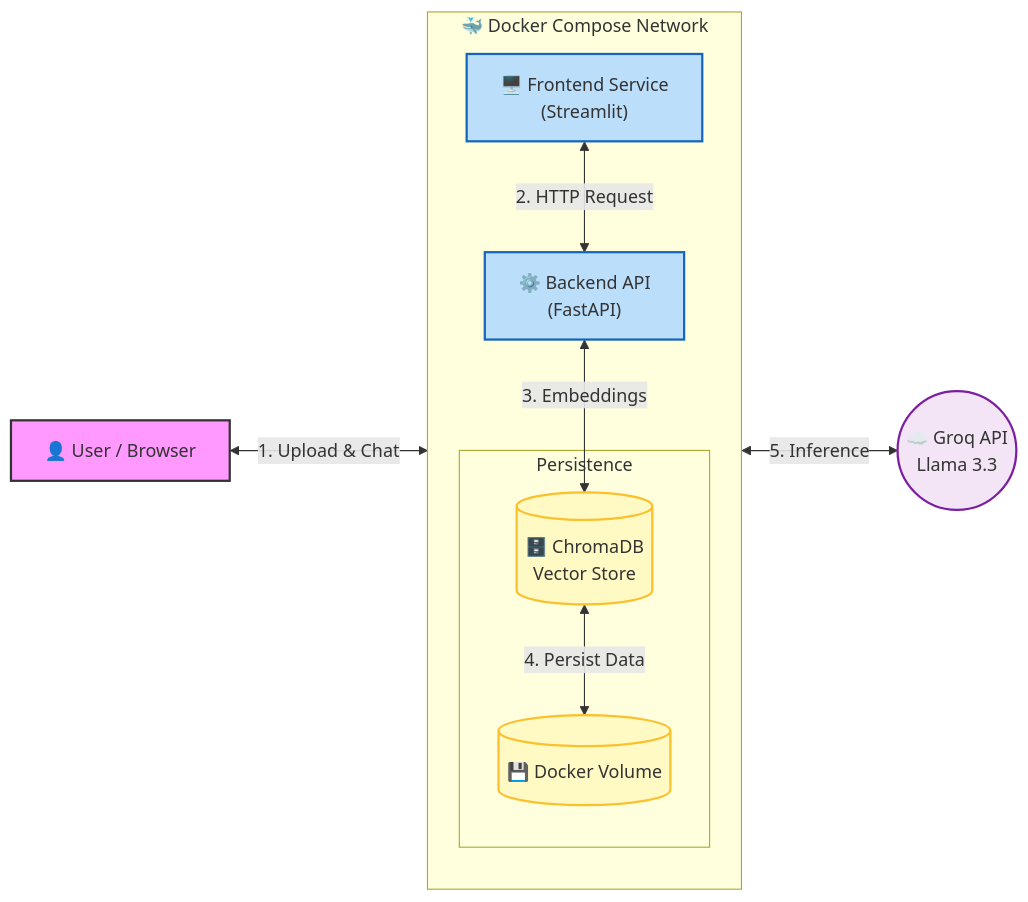
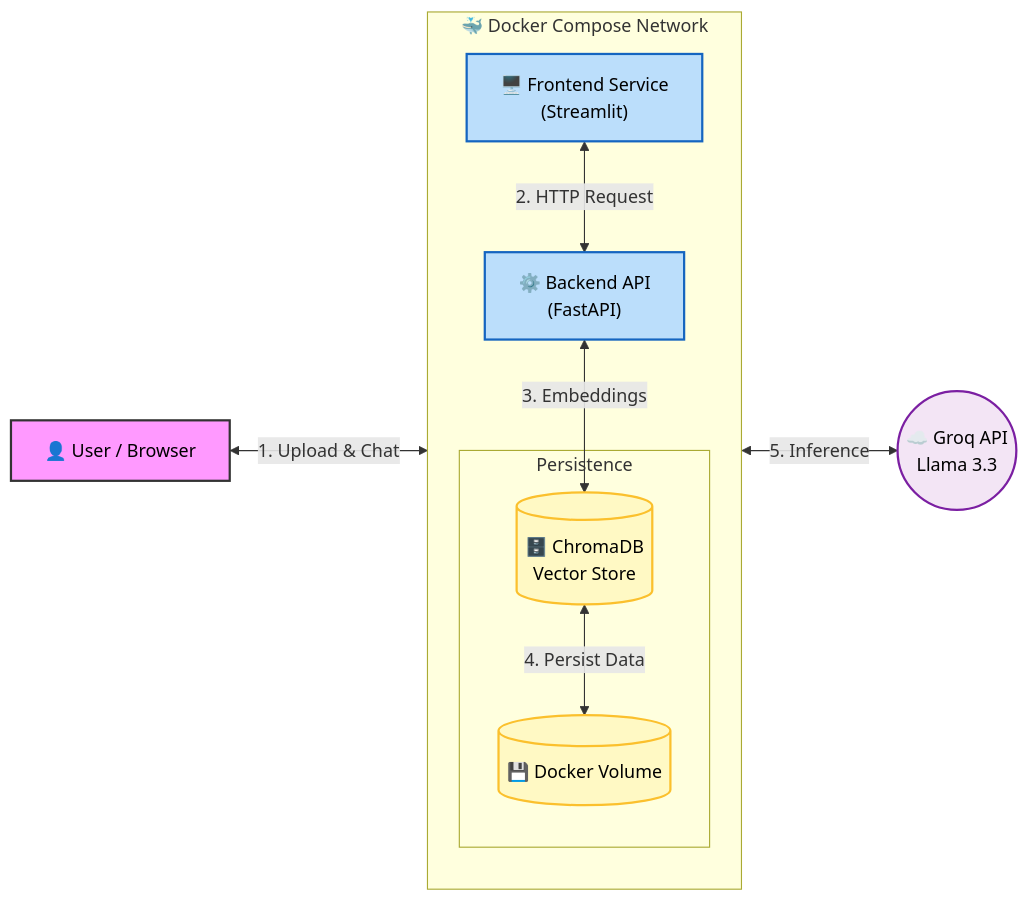
Before and after one commit to Bframos/rag-docs-assistant: the diagram in README.md, drawn with Mermaid.

Commit message:
Enhance class definitions in architecture diagram
Updated class definitions in the architecture diagram for better visibility.

````diff
--- a/README.md
+++ b/README.md
@@ -15,28 +15,29 @@
 ```mermaid
 graph LR
-    classDef user fill:#f9f,stroke:#333,stroke-width:2px;
-    classDef app fill:#bbdefb,stroke:#1565c0,stroke-width:2px;
-    classDef db fill:#fff9c4,stroke:#fbc02d,stroke-width:2px;
-    classDef cloud fill:#f3e5f5,stroke:#7b1fa2,stroke-width:2px;
+    classDef user fill:#f9f,stroke:#333,stroke-width:2px,color:#000;
+    classDef app fill:#bbdefb,stroke:#1565c0,stroke-width:2px,color:#000;
+    classDef db fill:#fff9c4,stroke:#fbc02d,stroke-width:2px,color:#000;
+    classDef cloud fill:#f3e5f5,stroke:#7b1fa2,stroke-width:2px,color:#000;
+
 
     User["👤 User / Browser"]:::user
 
     subgraph Docker_Network ["🐳 Docker Compose Network"]
         direction TB
         Frontend["🖥️ Frontend Service<br/>(Streamlit)"]:::app
         Backend["⚙️ Backend API<br/>(FastAPI)"]:::app
         
         subgraph Persistence
             Chroma[("🗄️ ChromaDB<br/>Vector Store")]:::db
             Volume[("💾 Docker Volume")]:::db
         end
     end
 
     External_LLM(("☁️ Groq API<br/>Llama 3.3")):::cloud
 
     User <-->|1. Upload & Chat| Frontend
     Frontend <-->|2. HTTP Request| Backend
     Backend <-->|3. Embeddings| Chroma
     Chroma <-->|4. Persist Data| Volume
     Backend <-->|5. Inference| External_LLM
 ```
````
